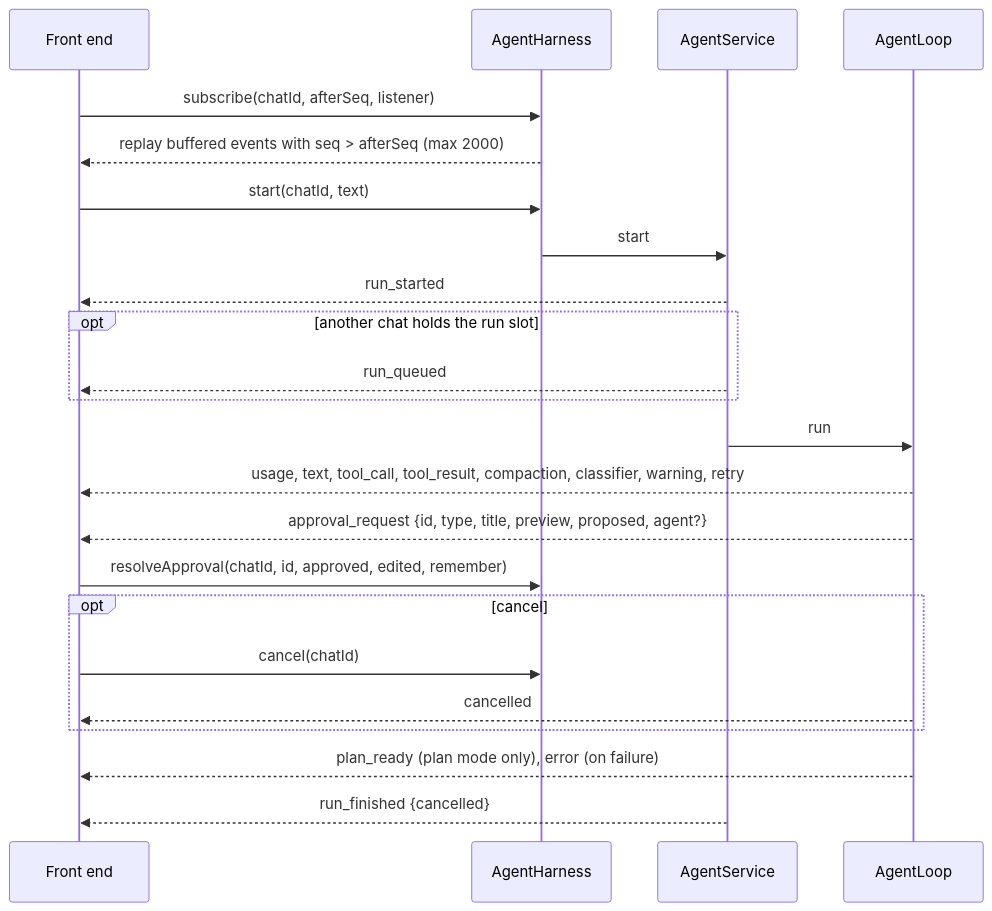
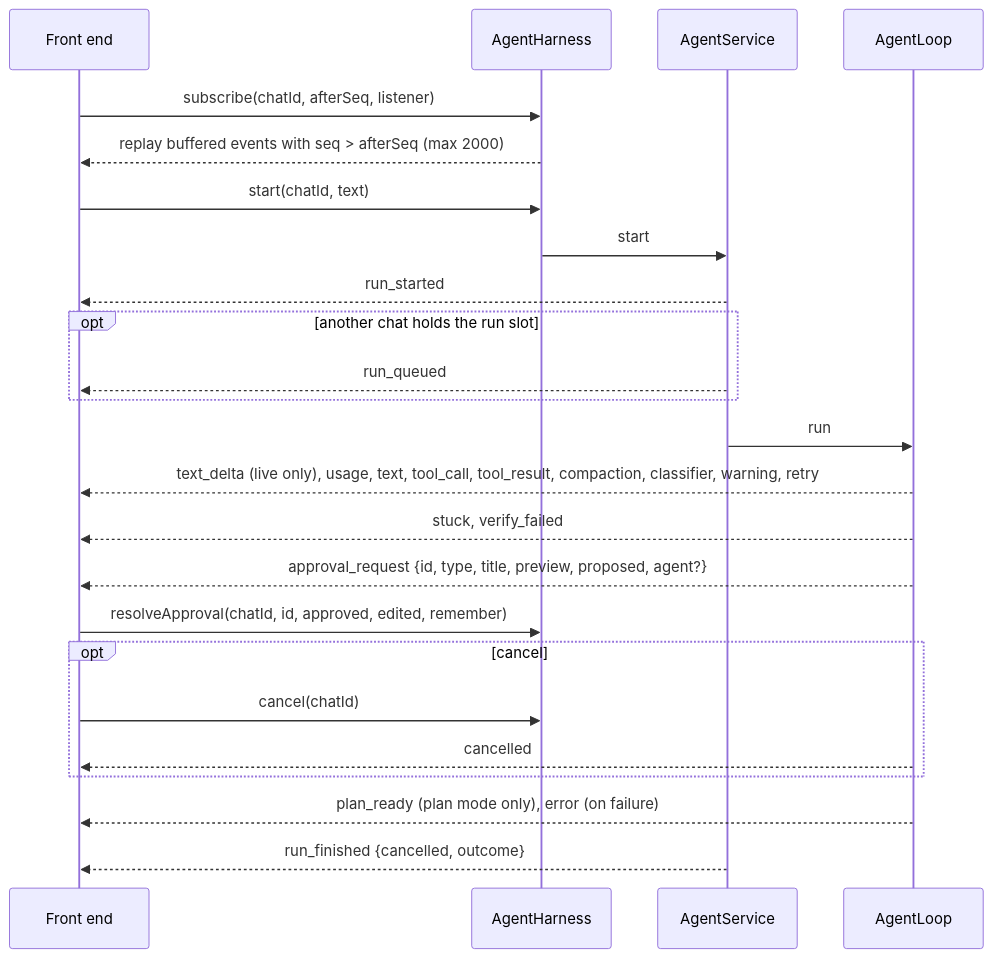
Before and after one commit to kendarorg/jllm: the second of 2 diagrams in docs/USAGE.md, drawn with Mermaid. The commit also changed other lines of this file and 592 other files, not shown here.

````diff
--- a/docs/USAGE.md
+++ b/docs/USAGE.md
@@ -278,25 +398,26 @@
 ```mermaid
 sequenceDiagram
     participant FE as Front end
     participant H as AgentHarness
     participant S as AgentService
     participant L as AgentLoop
     FE->>H: subscribe(chatId, afterSeq, listener)
     H-->>FE: replay buffered events with seq > afterSeq (max 2000)
     FE->>H: start(chatId, text)
     H->>S: start
     S-->>FE: run_started
     opt another chat holds the run slot
         S-->>FE: run_queued
     end
     S->>L: run
-    L-->>FE: usage, text, tool_call, tool_result, compaction, classifier, warning, retry
+    L-->>FE: text_delta (live only), usage, text, tool_call, tool_result, compaction, classifier, warning, retry
+    L-->>FE: stuck, verify_failed
     L-->>FE: approval_request {id, type, title, preview, proposed, agent?}
     FE->>H: resolveApproval(chatId, id, approved, edited, remember)
     opt cancel
         FE->>H: cancel(chatId)
         L-->>FE: cancelled
     end
     L-->>FE: plan_ready (plan mode only), error (on failure)
-    S-->>FE: run_finished {cancelled}
+    S-->>FE: run_finished {cancelled, outcome}
 ```
````
